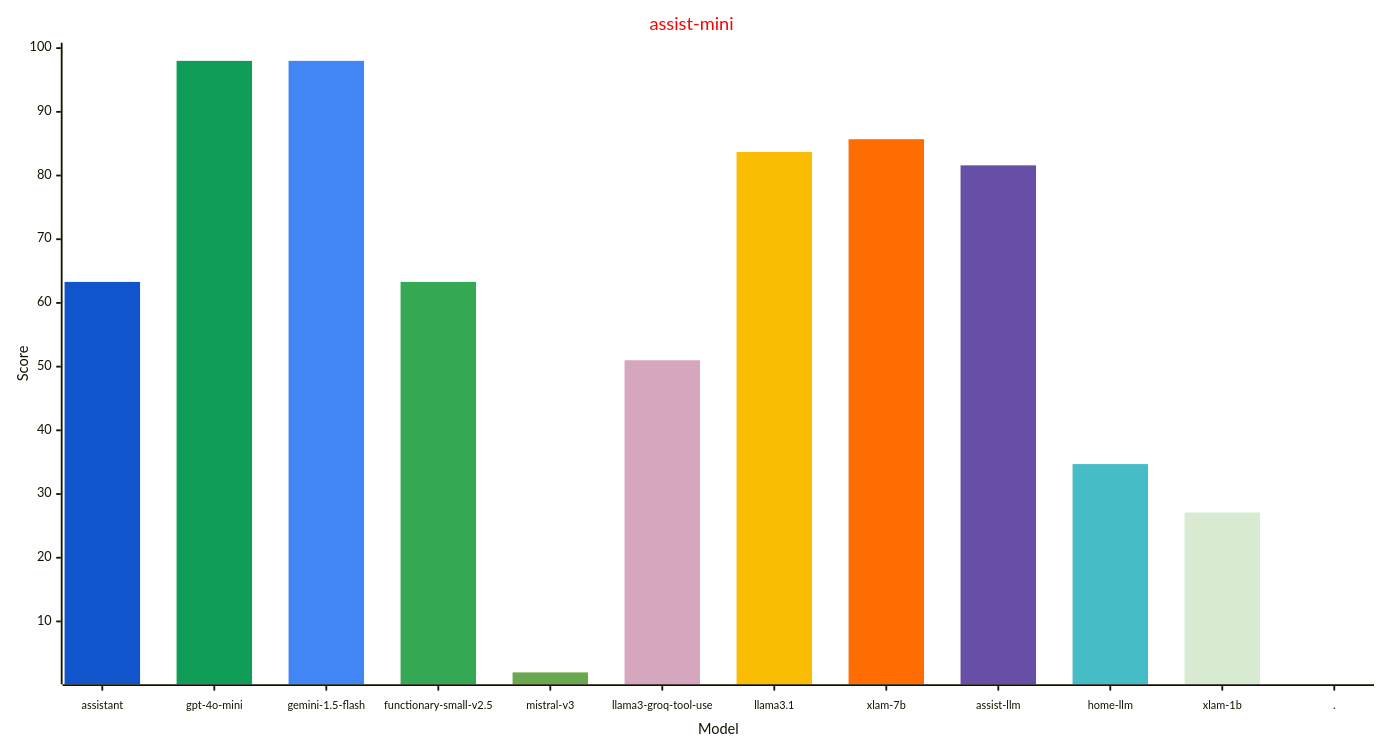
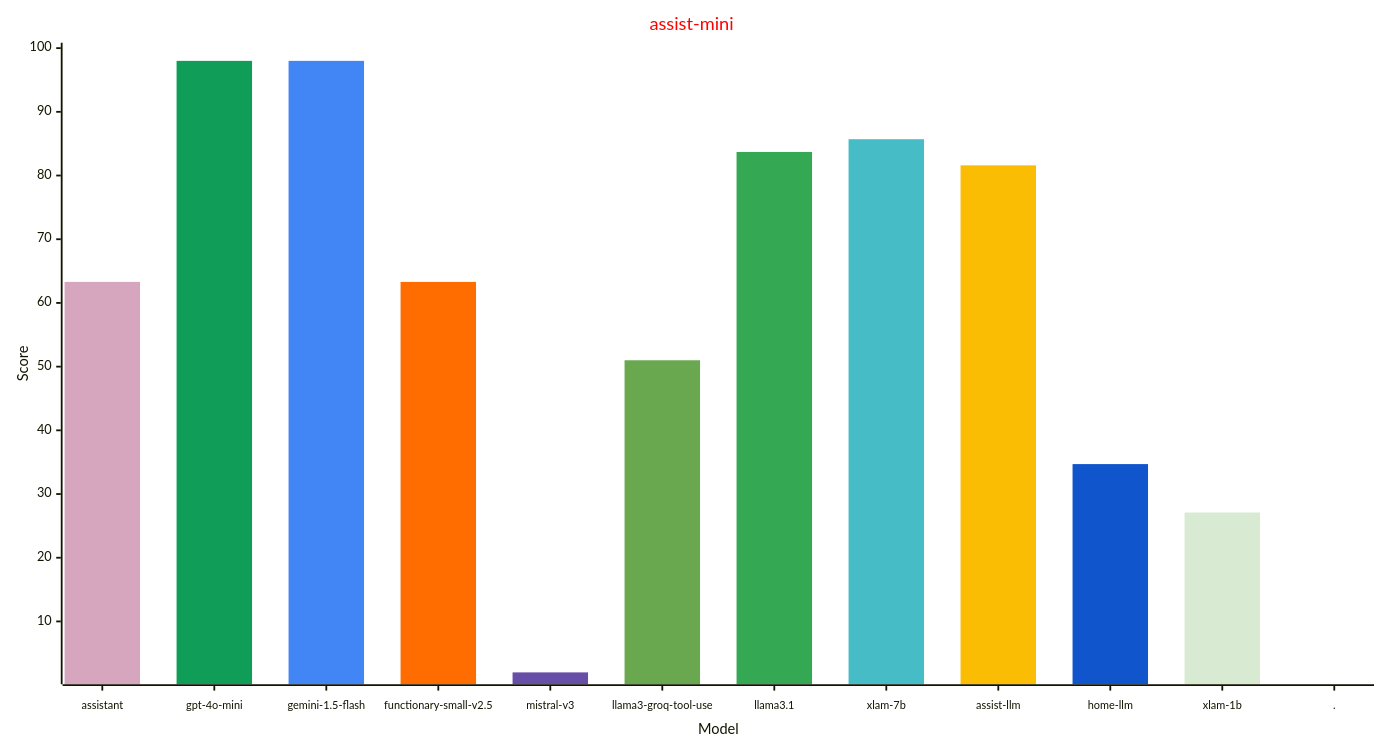
Before and after one commit to allenporter/home-assistant-datasets: the second of 3 diagrams in reports/README.md, drawn with Mermaid. The commit also changed other lines of this file and 81 other files, not shown here.

````diff
--- a/reports/README.md
+++ b/reports/README.md
@@ -85,32 +86,32 @@
 ```mermaid
 ---
 config:
     xyChart:
         width: 1500
         height: 800
         xAxis:
           labelFontSize: 12
           labelPadding: 8
     themeVariables:
         xyChart:
             titleColor: "#ff0000"
-            plotColorPalette: "#1155cc, #0f9d58, #4285f4, #34a853, #6aa84f, #d5a6bd, #fbbc04, #ff6d01, #674ea7, #46bdc6, #d9ead3, #4285f4"
+            plotColorPalette: "#d5a6bd, #0f9d58, #4285f4, #ff6d01, #674ea7, #6aa84f, #34a853, #46bdc6, #fbbc04, #1155cc, #d9ead3, #4285f4"
 
 ---
 xychart-beta
   title "assist-mini"
   x-axis "Model" [assistant, gpt-4o-mini, gemini-1.5-flash, functionary-small-v2.5, mistral-v3, llama3-groq-tool-use, llama3.1, xlam-7b, assist-llm, home-llm, xlam-1b, .]
   y-axis "Score" 1 --> 100
   bar [63.3, 0.0, 0.0, 0.0, 0.0, 0.0, 0.0, 0.0, 0.0, 0.0, 0.0, 0.0]
   bar [0.0, 98.0, 0.0, 0.0, 0.0, 0.0, 0.0, 0.0, 0.0, 0.0, 0.0, 0.0]
   bar [0.0, 0.0, 98.0, 0.0, 0.0, 0.0, 0.0, 0.0, 0.0, 0.0, 0.0, 0.0]
   bar [0.0, 0.0, 0.0, 63.3, 0.0, 0.0, 0.0, 0.0, 0.0, 0.0, 0.0, 0.0]
   bar [0.0, 0.0, 0.0, 0.0, 2.0, 0.0, 0.0, 0.0, 0.0, 0.0, 0.0, 0.0]
   bar [0.0, 0.0, 0.0, 0.0, 0.0, 51.0, 0.0, 0.0, 0.0, 0.0, 0.0, 0.0]
   bar [0.0, 0.0, 0.0, 0.0, 0.0, 0.0, 83.7, 0.0, 0.0, 0.0, 0.0, 0.0]
   bar [0.0, 0.0, 0.0, 0.0, 0.0, 0.0, 0.0, 85.7, 0.0, 0.0, 0.0, 0.0]
   bar [0.0, 0.0, 0.0, 0.0, 0.0, 0.0, 0.0, 0.0, 81.6, 0.0, 0.0, 0.0]
   bar [0.0, 0.0, 0.0, 0.0, 0.0, 0.0, 0.0, 0.0, 0.0, 34.7, 0.0, 0.0]
   bar [0.0, 0.0, 0.0, 0.0, 0.0, 0.0, 0.0, 0.0, 0.0, 0.0, 27.1, 0.0]
   bar [0.0, 0.0, 0.0, 0.0, 0.0, 0.0, 0.0, 0.0, 0.0, 0.0, 0.0, -1.0]
 ```
````
